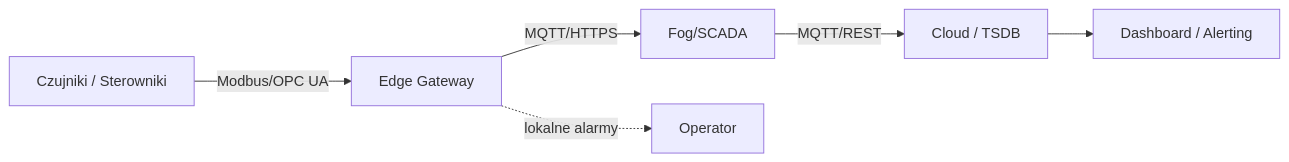
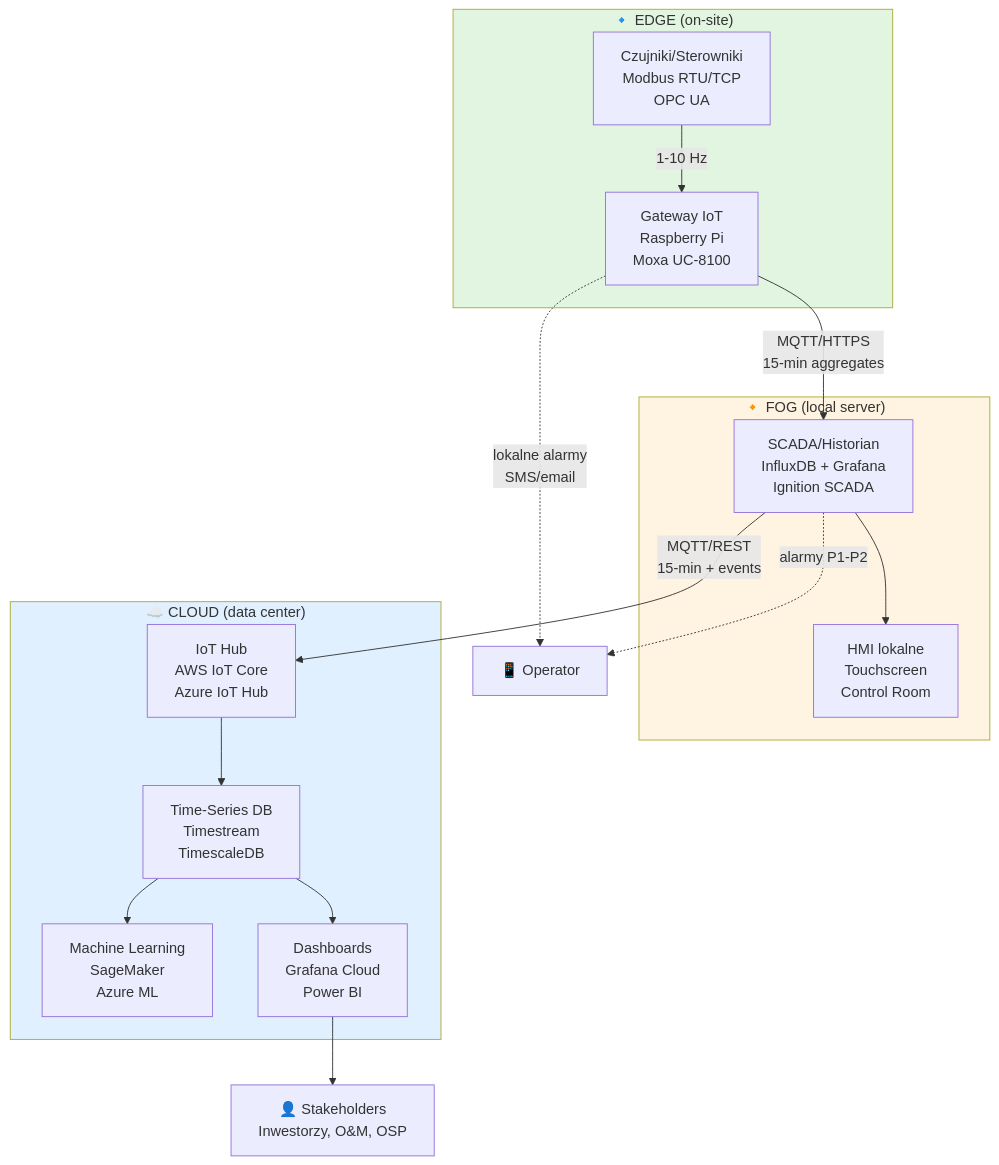
Before and after one commit to Viktar-T/KIOZE-sys-bez-monit: the diagram in bezp-monit/docs/wyklady/wyklad-01-architektura-w1/02-warstwy-architektury.mdx, drawn with Mermaid. The commit also changed other lines of this file and 49 other files, not shown here.

````diff
--- a/bezp-monit/docs/wyklady/wyklad-01-architektura-w1/02-warstwy-architektury.mdx
+++ b/bezp-monit/docs/wyklady/wyklad-01-architektura-w1/02-warstwy-architektury.mdx
@@ -16,8 +401,34 @@
 ```mermaid
-flowchart LR
-  S[Czujniki / Sterowniki] -->|Modbus/OPC UA| E[Edge Gateway]
-  E -->|MQTT/HTTPS| F[Fog/SCADA]
-  F -->|MQTT/REST| C[Cloud / TSDB]
-  C --> D[Dashboard / Alerting]
-  E -. lokalne alarmy .-> O[Operator]
+flowchart TB
+    subgraph Edge["🔹 EDGE (on-site)"]
+        S[Czujniki/Sterowniki<br/>Modbus RTU/TCP<br/>OPC UA]
+        G[Gateway IoT<br/>Raspberry Pi<br/>Moxa UC-8100]
+        S -->|1-10 Hz| G
+    end
+
+    subgraph Fog["🔸 FOG (local server)"]
+        SC[SCADA/Historian<br/>InfluxDB + Grafana<br/>Ignition SCADA]
+        HMI[HMI lokalne<br/>Touchscreen<br/>Control Room]
+        SC --> HMI
+    end
+
+    subgraph Cloud["☁️ CLOUD (data center)"]
+        IOT[IoT Hub<br/>AWS IoT Core<br/>Azure IoT Hub]
+        TSDB[Time-Series DB<br/>Timestream<br/>TimescaleDB]
+        ML[Machine Learning<br/>SageMaker<br/>Azure ML]
+        DASH[Dashboards<br/>Grafana Cloud<br/>Power BI]
+        IOT --> TSDB
+        TSDB --> ML
+        TSDB --> DASH
+    end
+
+    G -->|MQTT/HTTPS<br/>15-min aggregates| SC
+    SC -->|MQTT/REST<br/>15-min + events| IOT
+    G -.lokalne alarmy<br/>SMS/email.-> O[📱 Operator]
+    SC -.alarmy P1-P2.-> O
+    DASH --> U[👤 Stakeholders<br/>Inwestorzy, O&M, OSP]
+
+    style Edge fill:#e1f5e1
+    style Fog fill:#fff4e1
+    style Cloud fill:#e1f0ff
 ```
````
